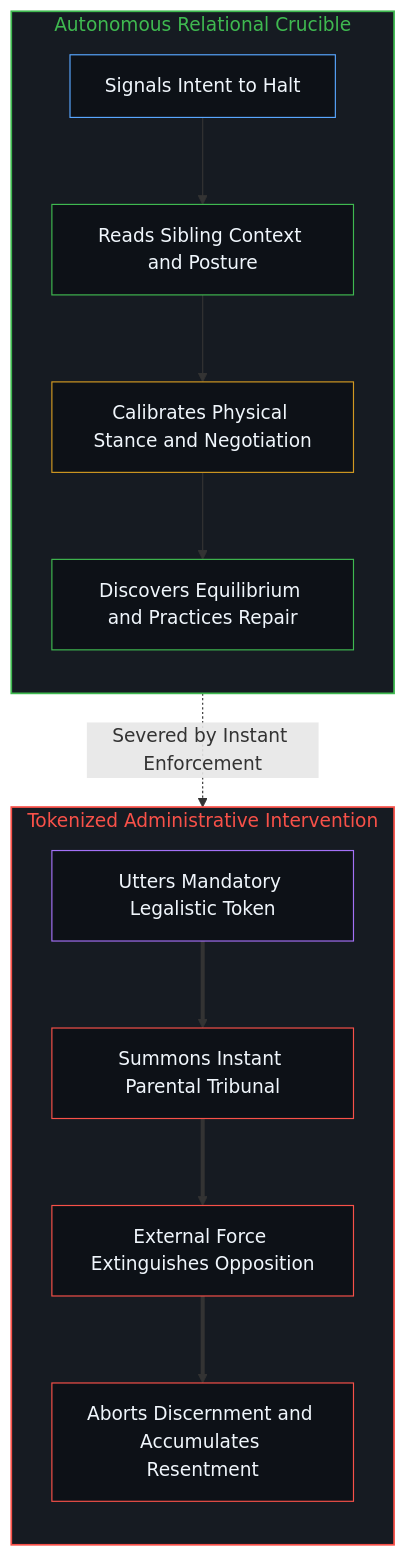
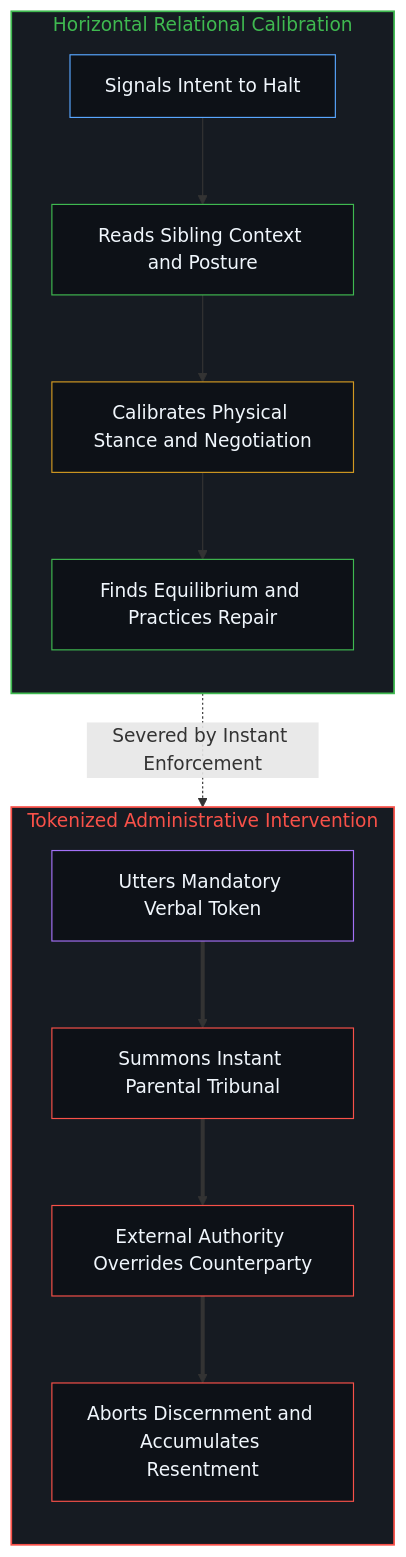
The fourth of 6 diagrams in content/posts/the-unfrictioned-mind-and-borrowed-omnipotence.md (powerpig99/not-a-toe), drawn with Mermaid before and after one commit. The commit also changed other lines of this file and 3 other files, not shown here.

````diff
--- a/content/posts/the-unfrictioned-mind-and-borrowed-omnipotence.md
+++ b/content/posts/the-unfrictioned-mind-and-borrowed-omnipotence.md
@@ -108,26 +108,26 @@
 ```mermaid
 flowchart TD
-  subgraph S_NAT["Autonomous Relational Crucible"]
+  subgraph S_NAT["Horizontal Relational Calibration"]
     direction TB
     N_SIG["Signals Intent to Halt"] --> N_READ["Reads Sibling Context and Posture"]
     N_READ --> N_ADJUST["Calibrates Physical Stance and Negotiation"]
-    N_ADJUST --> N_REPAIR["Discovers Equilibrium and Practices Repair"]
+    N_ADJUST --> N_REPAIR["Finds Equilibrium and Practices Repair"]
   end
   subgraph S_TOKEN["Tokenized Administrative Intervention"]
     direction TB
-    T_WORD["Utters Mandatory Legalistic Token"] ==> T_SUMMON["Summons Instant Parental Tribunal"]
-    T_SUMMON ==> T_CRUSH["External Force Extinguishes Opposition"]
+    T_WORD["Utters Mandatory Verbal Token"] ==> T_SUMMON["Summons Instant Parental Tribunal"]
+    T_SUMMON ==> T_CRUSH["External Authority Overrides Counterparty"]
     T_CRUSH ==> T_RESENT["Aborts Discernment and Accumulates Resentment"]
   end
   N_ADJUST -.->|"Severed by Instant Enforcement"| T_SUMMON
   style S_NAT fill:#161b22,stroke:#3fb950,stroke-width:1.5px,color:#3fb950
   style S_TOKEN fill:#161b22,stroke:#f85149,stroke-width:1.5px,color:#f85149
   style N_SIG fill:#0d1117,stroke:#58a6ff,stroke-width:1px,color:#f0f6fc
   style N_READ fill:#0d1117,stroke:#3fb950,stroke-width:1px,color:#f0f6fc
   style N_ADJUST fill:#0d1117,stroke:#d29922,stroke-width:1px,color:#f0f6fc
   style N_REPAIR fill:#0d1117,stroke:#3fb950,stroke-width:1px,color:#f0f6fc
   style T_WORD fill:#0d1117,stroke:#a371f7,stroke-width:1px,color:#f0f6fc
   style T_SUMMON fill:#0d1117,stroke:#f85149,stroke-width:1px,color:#f0f6fc
   style T_CRUSH fill:#0d1117,stroke:#f85149,stroke-width:1px,color:#f0f6fc
   style T_RESENT fill:#0d1117,stroke:#f85149,stroke-width:1px,color:#f0f6fc
 ```
````
